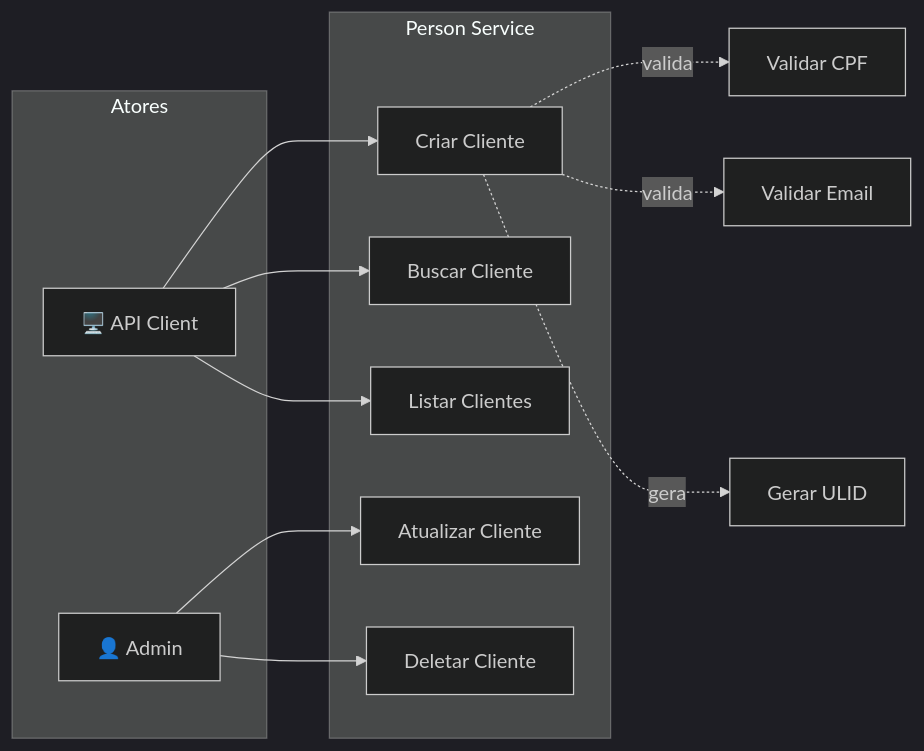
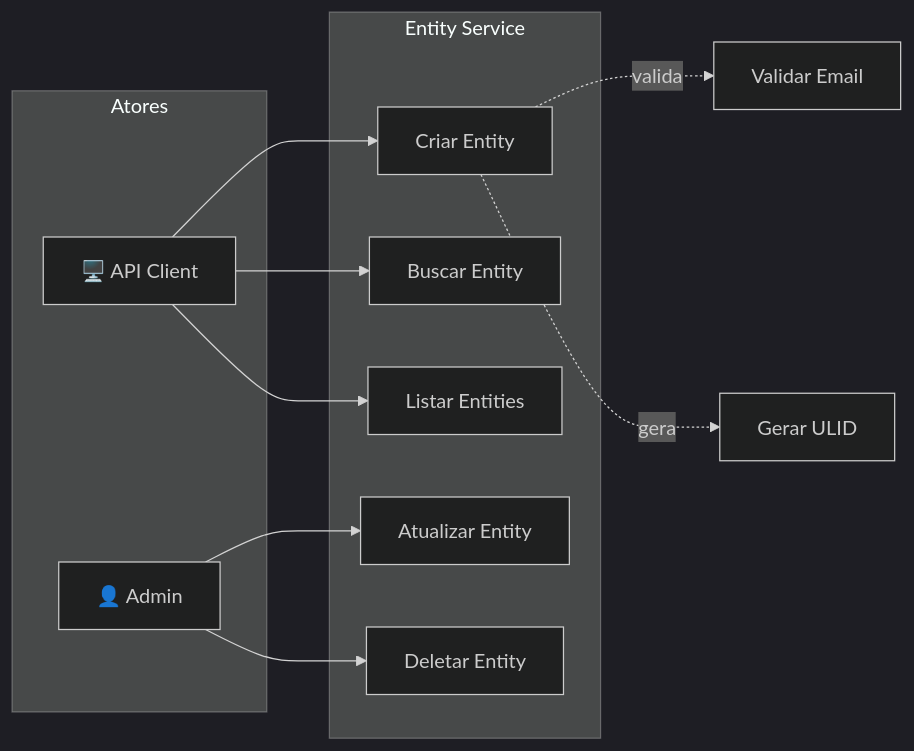
The first of 8 diagrams in docs/app/architecture.md (jrmarcello/gopherplate), drawn with Mermaid (dark theme) before and after one commit. The commit also changed other lines of this file, not shown here.

Commit message:
docs: update architecture diagram and description for entity domain

````diff
--- a/docs/app/architecture.md
+++ b/docs/app/architecture.md
@@ -23,25 +23,24 @@
 ```mermaid
 flowchart LR
     subgraph Atores
         Client["🖥️ API Client"]
         Admin["👤 Admin"]
     end
 
-    subgraph Sistema["Person Service"]
-        UC1["Criar Cliente"]
-        UC2["Buscar Cliente"]
-        UC3["Listar Clientes"]
-        UC4["Atualizar Cliente"]
-        UC5["Deletar Cliente"]
+    subgraph Sistema["Entity Service"]
+        UC1["Criar Entity"]
+        UC2["Buscar Entity"]
+        UC3["Listar Entities"]
+        UC4["Atualizar Entity"]
+        UC5["Deletar Entity"]
     end
 
     Client --> UC1
     Client --> UC2
     Client --> UC3
     Admin --> UC4
     Admin --> UC5
 
-    UC1 -.->|valida| CPF["Validar CPF"]
     UC1 -.->|valida| Email["Validar Email"]
     UC1 -.->|gera| ID["Gerar ULID"]
 ```
````
